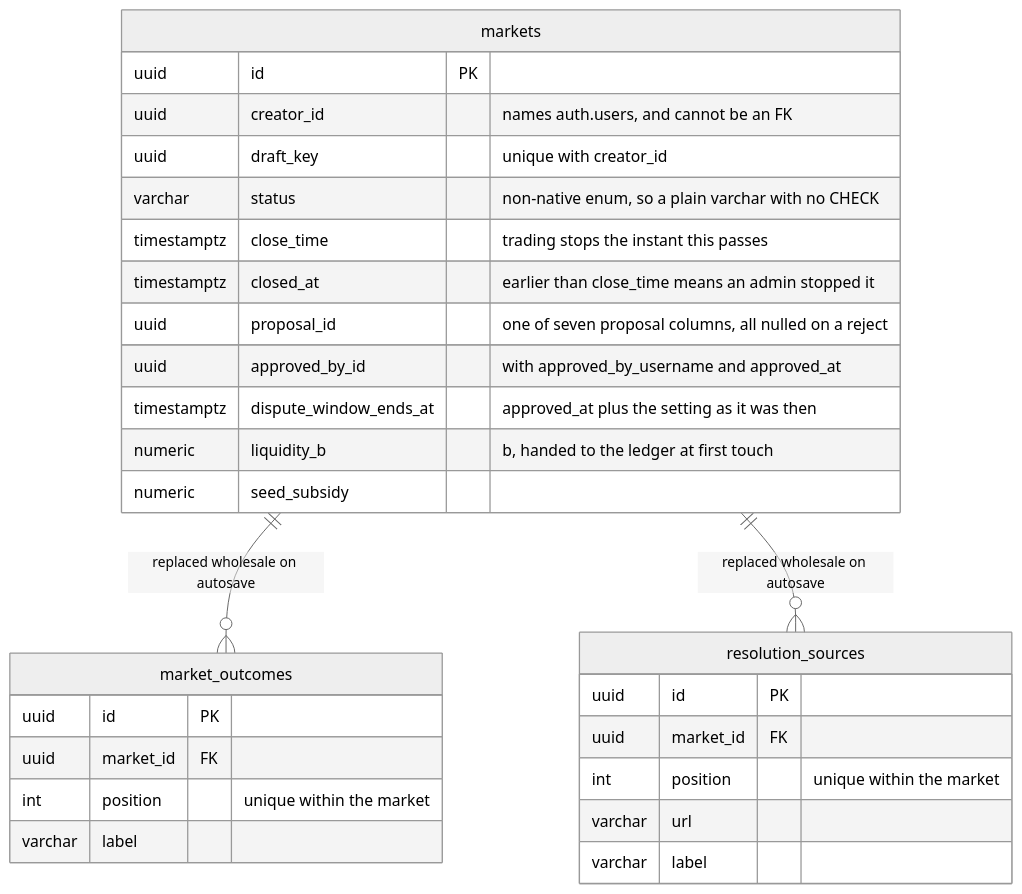
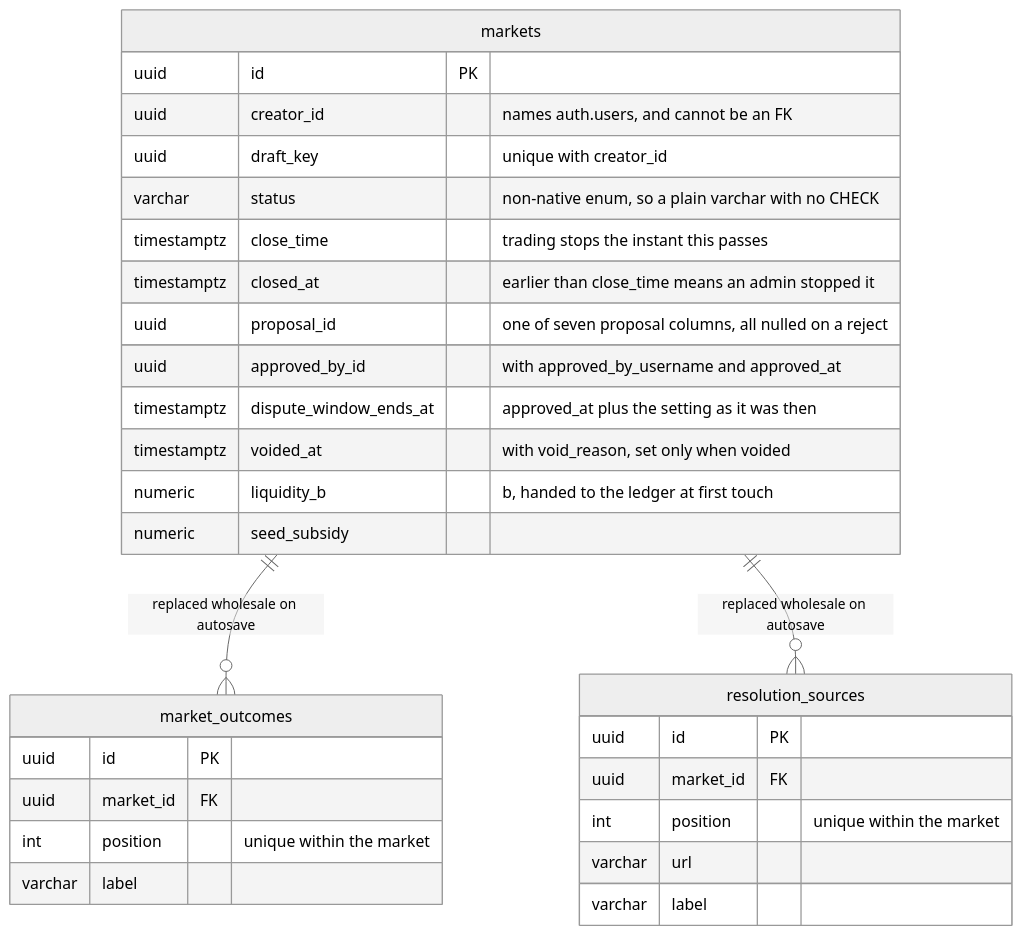
Before and after one commit to decker757/CS464: the third of 4 diagrams in docs/architecture.md, drawn with Mermaid (neutral theme). The commit also changed other lines of this file, not shown here.

First line of the commit message:
docs(market): the markets ERD shows voided_at and void_reason

````diff
--- a/docs/architecture.md
+++ b/docs/architecture.md
@@ -188,31 +190,32 @@
 ```mermaid
 erDiagram
     markets {
         uuid id PK
         uuid creator_id "names auth.users, and cannot be an FK"
         uuid draft_key "unique with creator_id"
         varchar status "non-native enum, so a plain varchar with no CHECK"
         timestamptz close_time "trading stops the instant this passes"
         timestamptz closed_at "earlier than close_time means an admin stopped it"
         uuid proposal_id "one of seven proposal columns, all nulled on a reject"
         uuid approved_by_id "with approved_by_username and approved_at"
         timestamptz dispute_window_ends_at "approved_at plus the setting as it was then"
+        timestamptz voided_at "with void_reason, set only when voided"
         numeric liquidity_b "b, handed to the ledger at first touch"
         numeric seed_subsidy
     }
     market_outcomes {
         uuid id PK
         uuid market_id FK
         int position "unique within the market"
         varchar label
     }
     resolution_sources {
         uuid id PK
         uuid market_id FK
         int position "unique within the market"
         varchar url
         varchar label
     }
     markets ||--o{ market_outcomes : "replaced wholesale on autosave"
     markets ||--o{ resolution_sources : "replaced wholesale on autosave"
 ```
````
